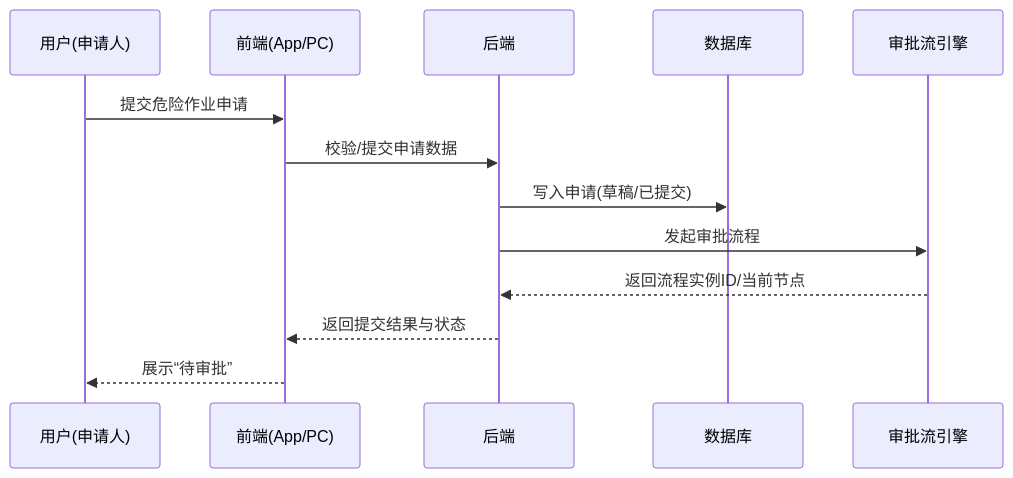
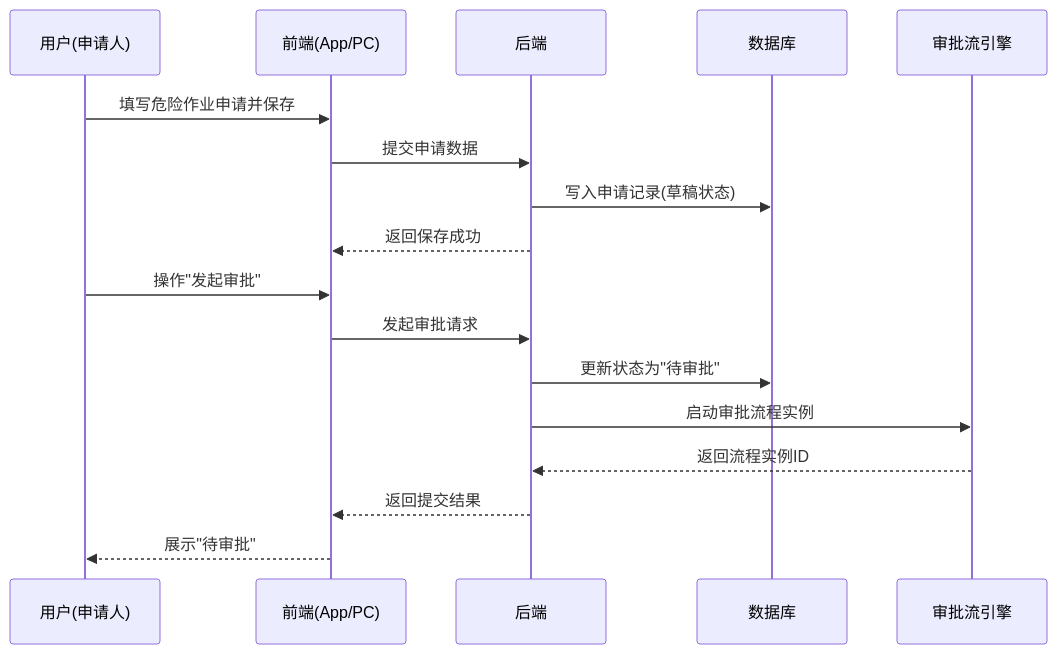
One commit to liaoliao66/SES changed the ninth of 9 diagrams in docs/versions/v1.0.0/prd.md. Above: the diagram before and after it, drawn with Mermaid. The commit also changed other lines of this file and 14 other files, not shown here.

````diff
--- a/docs/versions/v1.0.0/prd.md
+++ b/docs/versions/v1.0.0/prd.md
@@ -94,15 +212,21 @@
 ```mermaid
 sequenceDiagram
   participant U as 用户(申请人)
   participant FE as 前端(App/PC)
   participant BE as 后端
   participant DB as 数据库
   participant WF as 审批流引擎
-  U->>FE: 提交危险作业申请
-  FE->>BE: 校验/提交申请数据
-  BE->>DB: 写入申请(草稿/已提交)
-  BE->>WF: 发起审批流程
-  WF-->>BE: 返回流程实例ID/当前节点
-  BE-->>FE: 返回提交结果与状态
-  FE-->>U: 展示“待审批”
+
+  U->>FE: 填写危险作业申请并保存
+  FE->>BE: 提交申请数据
+  BE->>DB: 写入申请记录(草稿状态)
+  BE-->>FE: 返回保存成功
+
+  U->>FE: 操作"发起审批"
+  FE->>BE: 发起审批请求
+  BE->>DB: 更新状态为"待审批"
+  BE->>WF: 启动审批流程实例
+  WF-->>BE: 返回流程实例ID
+  BE-->>FE: 返回提交结果
+  FE-->>U: 展示"待审批"
 ```
````
